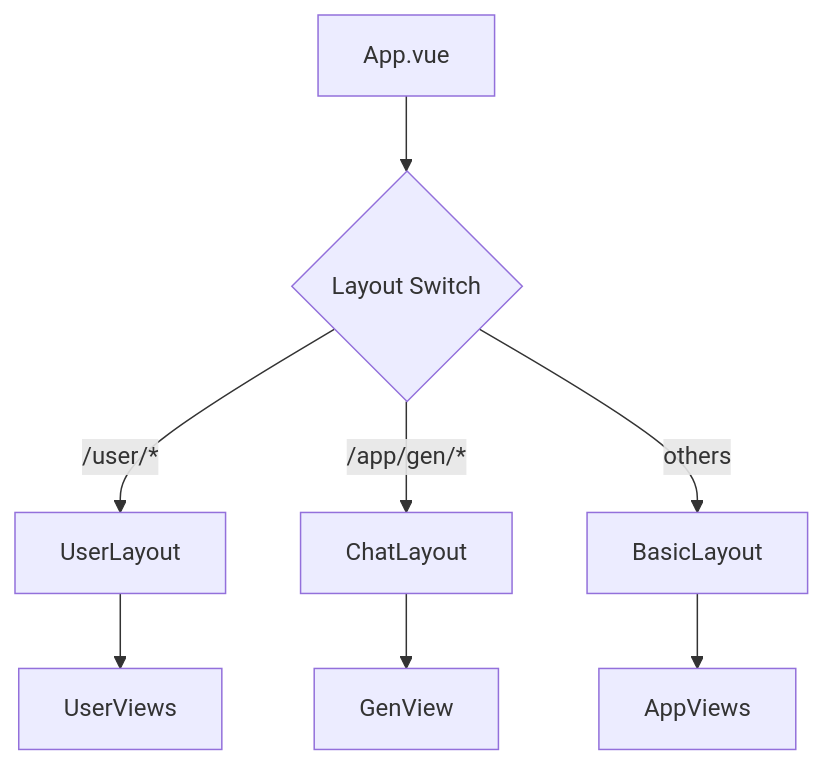
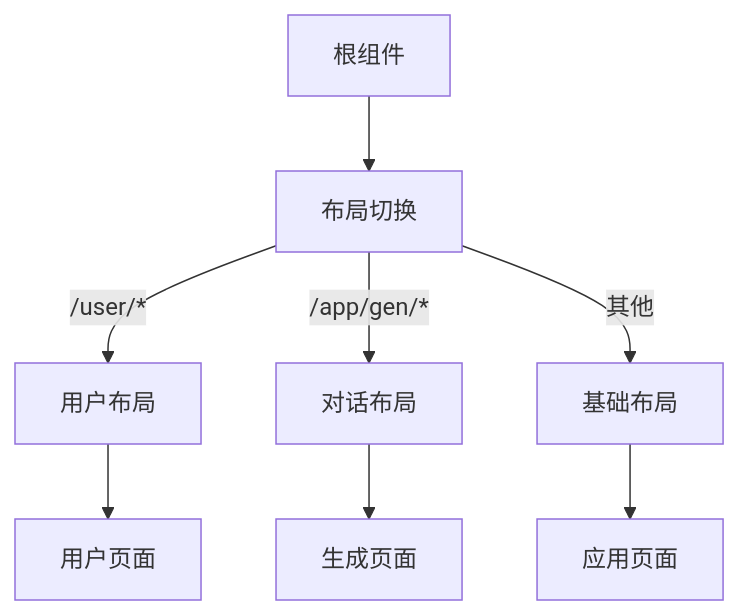
The third of 3 diagrams in README.md (qasax/NoCodePlatform-frontend), drawn with Mermaid before and after one commit. The commit also changed other lines of this file, not shown here.

````diff
--- a/README.md
+++ b/README.md
@@ -119,10 +118,10 @@
 ```mermaid
 flowchart TD
-  App[App.vue] --> Layout{Layout Switch}
-  Layout -->|/user/*| UserLayout
-  Layout -->|/app/gen/*| ChatLayout
-  Layout -->|others| BasicLayout
-  UserLayout --> UserViews
-  ChatLayout --> GenView
-  BasicLayout --> AppViews
+  根组件 --> 布局切换
+  布局切换 -->|/user/*| 用户布局
+  布局切换 -->|/app/gen/*| 对话布局
+  布局切换 -->|其他| 基础布局
+  用户布局 --> 用户页面
+  对话布局 --> 生成页面
+  基础布局 --> 应用页面
 ```
````
